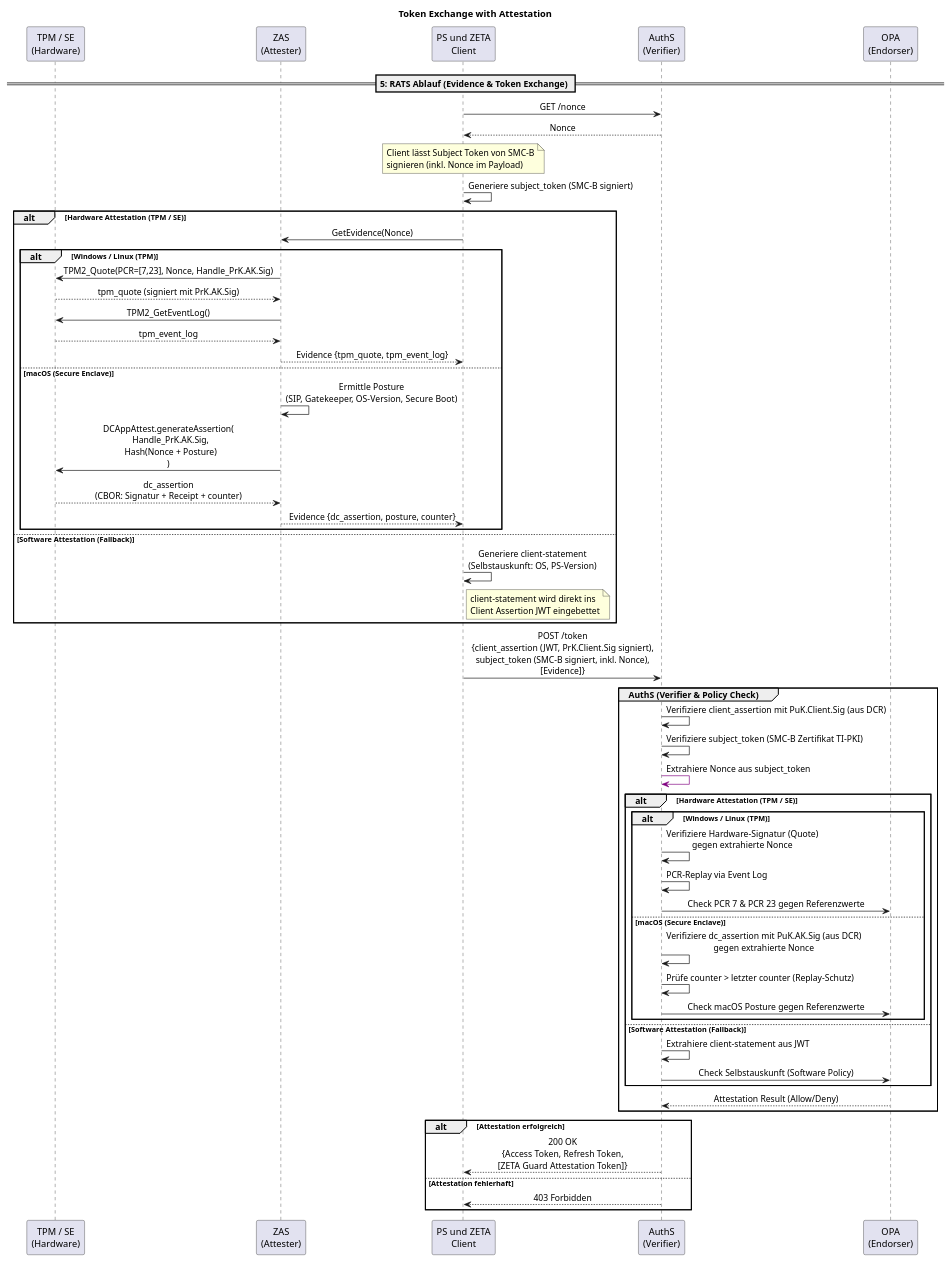
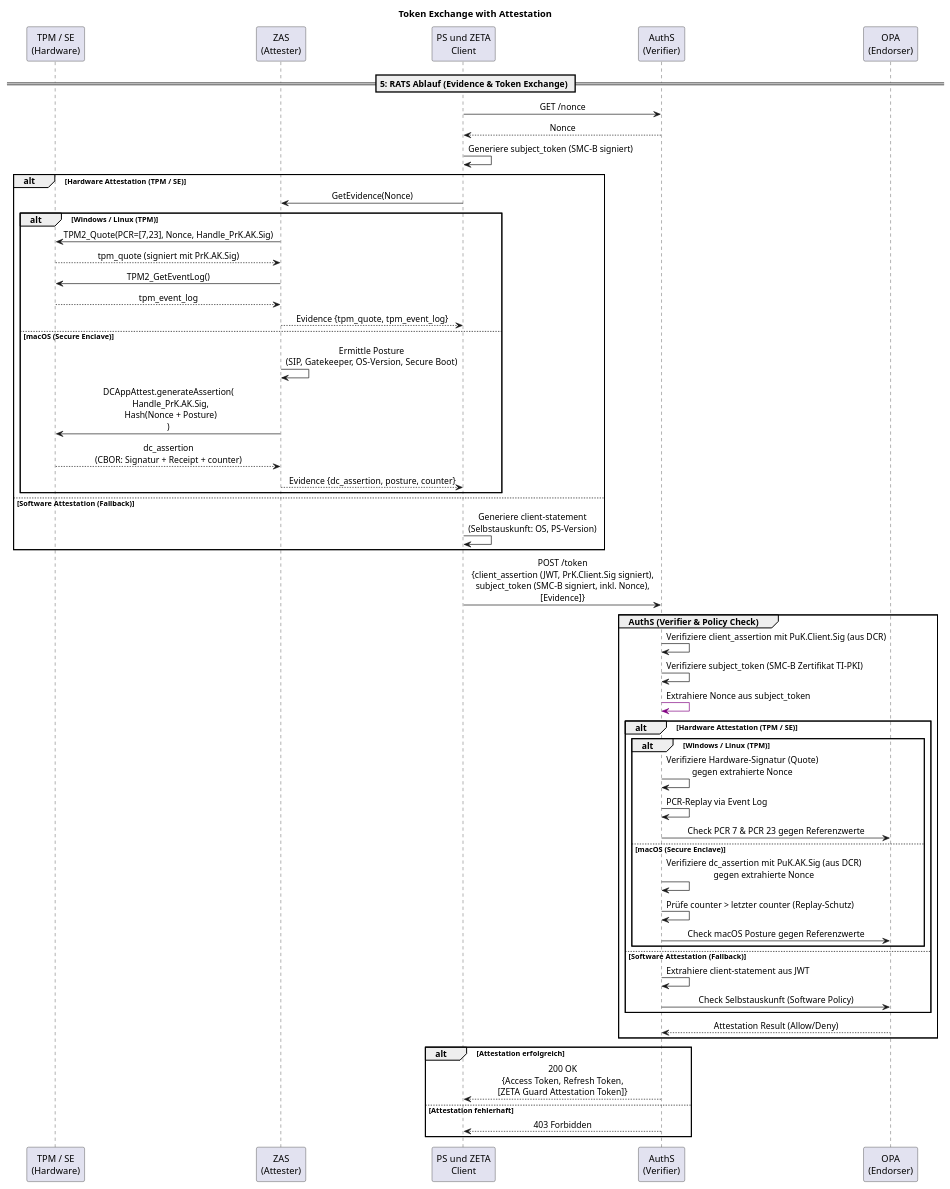
The diagram in src/plantuml/tmp/attestation-flows/token-exchange-with-attestation.puml (gematik/zeta), drawn with PlantUML before and after one commit. The commit also changed 3 other files, not shown here.

Commit message:
refactor: update token exchange attestation flow documentation and remove obsolete workflow files

```diff
--- a/src/plantuml/tmp/attestation-flows/token-exchange-with-attestation.puml
+++ b/src/plantuml/tmp/attestation-flows/token-exchange-with-attestation.puml
@@ -1,68 +1,66 @@
 @startuml "token-exchange-with-attestation"
 skinparam sequenceMessageAlign center
 title Token Exchange with Attestation
 
 participant "TPM / SE\n(Hardware)" as TPM
 participant "ZAS\n(Attester)" as ZAS
 participant "PS und ZETA\nClient" as Client
 participant "AuthS\n(Verifier)" as AuthS
 participant "OPA\n(Endorser)" as OPA
 
 == 5: RATS Ablauf (Evidence & Token Exchange) ==
 Client -> AuthS: GET /nonce
 AuthS --> Client: Nonce
 
-note over Client: Client lässt Subject Token von SMC-B\nsignieren (inkl. Nonce im Payload)
 Client -> Client: Generiere subject_token (SMC-B signiert)
 
 alt Hardware Attestation (TPM / SE)
     Client -> ZAS: GetEvidence(Nonce)
     alt Windows / Linux (TPM)
         ZAS -> TPM: TPM2_Quote(PCR=[7,23], Nonce, Handle_PrK.AK.Sig)
         TPM --> ZAS: tpm_quote (signiert mit PrK.AK.Sig)
         ZAS -> TPM: TPM2_GetEventLog()
         TPM --> ZAS: tpm_event_log
         ZAS --> Client: Evidence {tpm_quote, tpm_event_log}
     else macOS (Secure Enclave)
         ZAS -> ZAS: Ermittle Posture\n(SIP, Gatekeeper, OS-Version, Secure Boot)
         ZAS -> TPM: DCAppAttest.generateAssertion(\n  Handle_PrK.AK.Sig,\n  Hash(Nonce + Posture)\n)
         TPM --> ZAS: dc_assertion\n(CBOR: Signatur + Receipt + counter)
         ZAS --> Client: Evidence {dc_assertion, posture, counter}
     end
 else Software Attestation (Fallback)
     Client -> Client: Generiere client-statement\n(Selbstauskunft: OS, PS-Version)
-    note right of Client: client-statement wird direkt ins\nClient Assertion JWT eingebettet
 end
 
 Client -> AuthS: POST /token\n{client_assertion (JWT, PrK.Client.Sig signiert),\nsubject_token (SMC-B signiert, inkl. Nonce),\n[Evidence]}
 
 group AuthS (Verifier & Policy Check)
     AuthS -> AuthS: Verifiziere client_assertion mit PuK.Client.Sig (aus DCR)
     AuthS -> AuthS: Verifiziere subject_token (SMC-B Zertifikat TI-PKI)
     AuthS -[#purple]> AuthS: Extrahiere Nonce aus subject_token
     
     alt Hardware Attestation (TPM / SE)
         alt Windows / Linux (TPM)
             AuthS -> AuthS: Verifiziere Hardware-Signatur (Quote)\ngegen extrahierte Nonce
             AuthS -> AuthS: PCR-Replay via Event Log
             AuthS -> OPA: Check PCR 7 & PCR 23 gegen Referenzwerte
         else macOS (Secure Enclave)
             AuthS -> AuthS: Verifiziere dc_assertion mit PuK.AK.Sig (aus DCR)\ngegen extrahierte Nonce
             AuthS -> AuthS: Prüfe counter > letzter counter (Replay-Schutz)
             AuthS -> OPA: Check macOS Posture gegen Referenzwerte
         end
         
     else Software Attestation (Fallback)
         AuthS -> AuthS: Extrahiere client-statement aus JWT
         AuthS -> OPA: Check Selbstauskunft (Software Policy)
     end
     
     OPA --> AuthS: Attestation Result (Allow/Deny)
 end
 
 alt Attestation erfolgreich
     AuthS --> Client: 200 OK\n{Access Token, Refresh Token,\n[ZETA Guard Attestation Token]}
 else Attestation fehlerhaft
     AuthS --> Client: 403 Forbidden
 end
 @enduml
```
